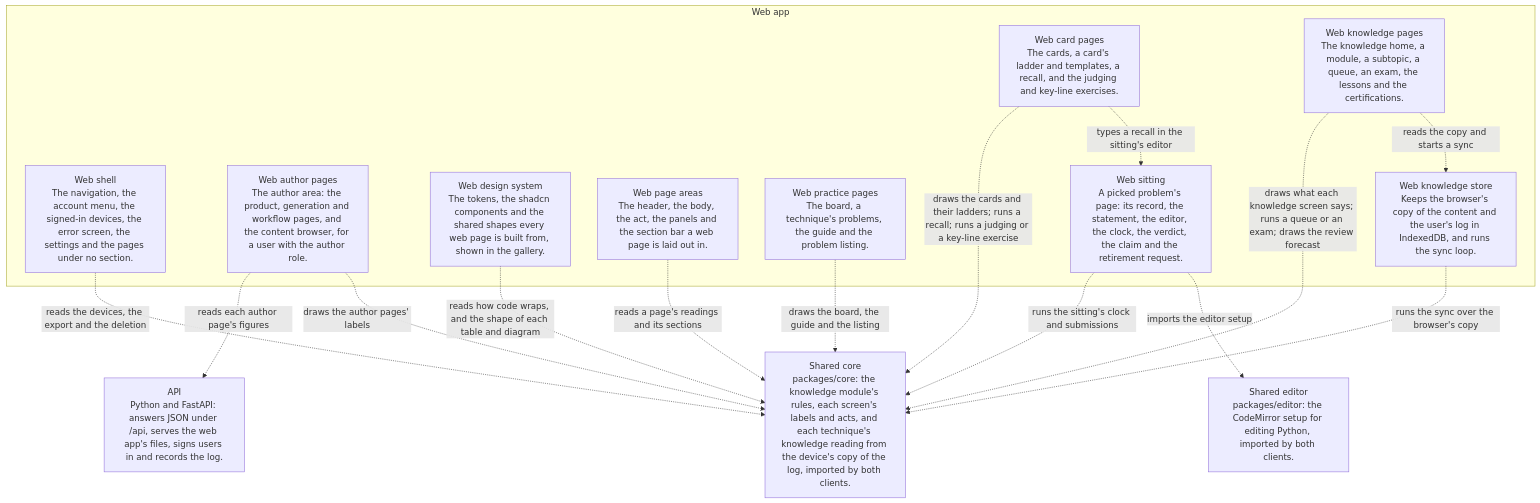
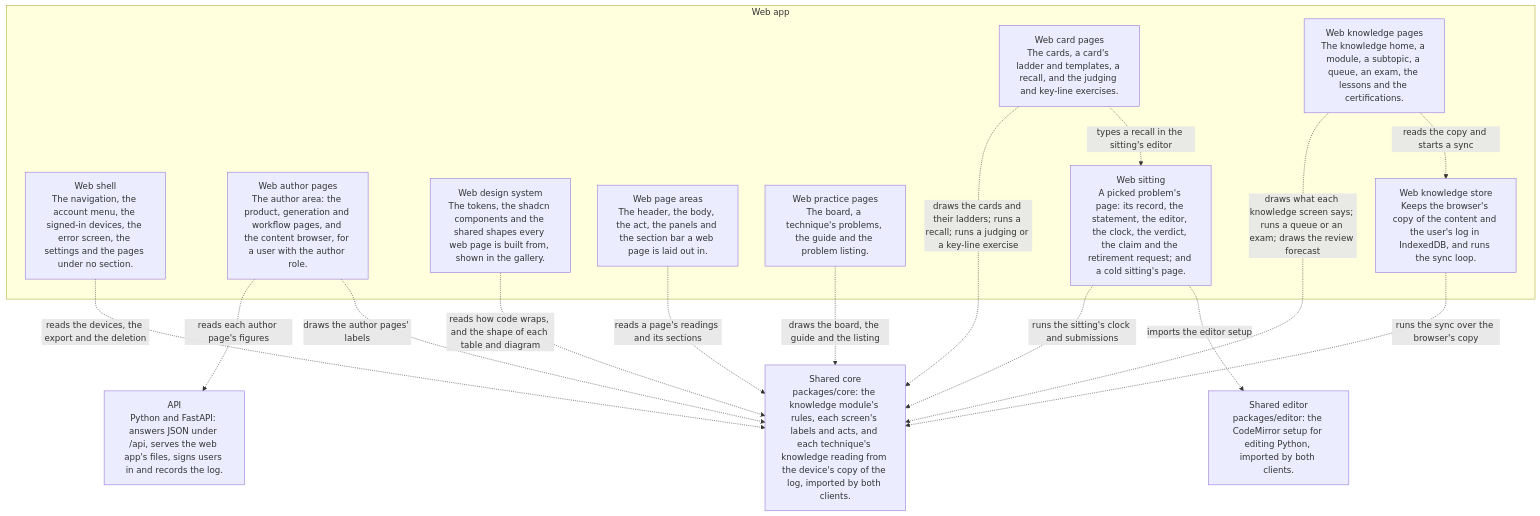
The third of 7 diagrams in docs/architecture/README.md (climbance/climbance), drawn with Mermaid before and after one commit. The commit also changed 18 other files, not shown here.

First line of the commit message:
feat(cold): show a cold sitting on the web

````diff
--- a/docs/architecture/README.md
+++ b/docs/architecture/README.md
@@ -85,30 +85,30 @@
 ```mermaid
 flowchart TB
     core_package["Shared core<br/>packages/core: the knowledge module's rules, each screen's labels and acts, and each technique's knowledge reading from the device's copy of the log, imported by both clients."]
     shared_editor["Shared editor<br/>packages/editor: the CodeMirror setup for editing Python, imported by both clients."]
     api["API<br/>Python and FastAPI: answers JSON under /api, serves the web app's files, signs users in and records the log."]
     subgraph web_app["Web app"]
         web_shell["Web shell<br/>The navigation, the account menu, the signed-in devices, the error screen, the settings and the pages under no section."]
         web_author["Web author pages<br/>The author area: the product, generation and workflow pages, and the content browser, for a user with the author role."]
         web_design_system["Web design system<br/>The tokens, the shadcn components and the shared shapes every web page is built from, shown in the gallery."]
         web_areas["Web page areas<br/>The header, the body, the act, the panels and the section bar a web page is laid out in."]
         web_practice["Web practice pages<br/>The board, a technique's problems, the guide and the problem listing."]
         web_cards["Web card pages<br/>The cards, a card's ladder and templates, a recall, and the judging and key-line exercises."]
-        web_sitting["Web sitting<br/>A picked problem's page: its record, the statement, the editor, the clock, the verdict, the claim and the retirement request."]
+        web_sitting["Web sitting<br/>A picked problem's page: its record, the statement, the editor, the clock, the verdict, the claim and the retirement request; and a cold sitting's page."]
         web_knowledge["Web knowledge pages<br/>The knowledge home, a module, a subtopic, a queue, an exam, the lessons and the certifications."]
         web_knowledge_store["Web knowledge store<br/>Keeps the browser's copy of the content and the user's log in IndexedDB, and runs the sync loop."]
     end
     web_author -.->|"reads each author page's figures"| api
     web_author -.->|"draws the author pages' labels"| core_package
     web_knowledge -.->|"draws what each knowledge screen says; runs a queue or an exam; draws the review forecast"| core_package
     web_knowledge -.->|"reads the copy and starts a sync"| web_knowledge_store
     web_knowledge_store -.->|"runs the sync over the browser's copy"| core_package
     web_practice -.->|"draws the board, the guide and the listing"| core_package
     web_cards -.->|"draws the cards and their ladders; runs a recall; runs a judging or a key-line exercise"| core_package
     web_cards -.->|"types a recall in the sitting's editor"| web_sitting
     web_sitting -.->|"runs the sitting's clock and submissions"| core_package
     web_sitting -.->|"imports the editor setup"| shared_editor
     web_shell -.->|"reads the devices, the export and the deletion"| core_package
     web_areas -.->|"reads a page's readings and its sections"| core_package
     web_design_system -.->|"reads how code wraps, and the shape of each table and diagram"| core_package
 ```
````
